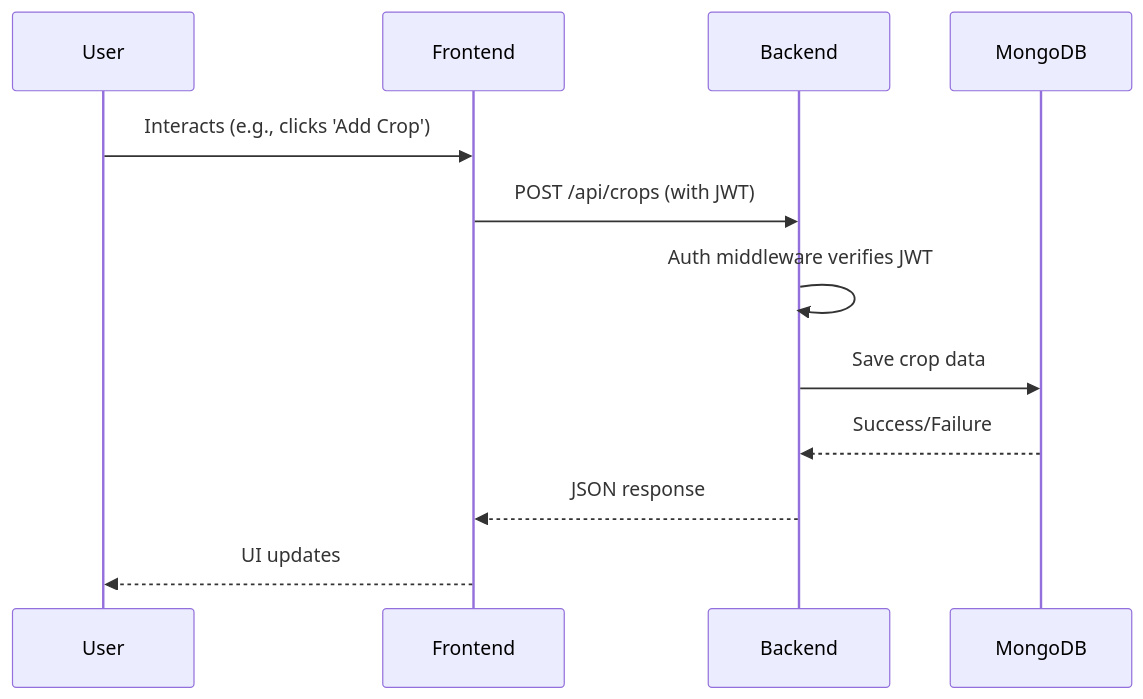
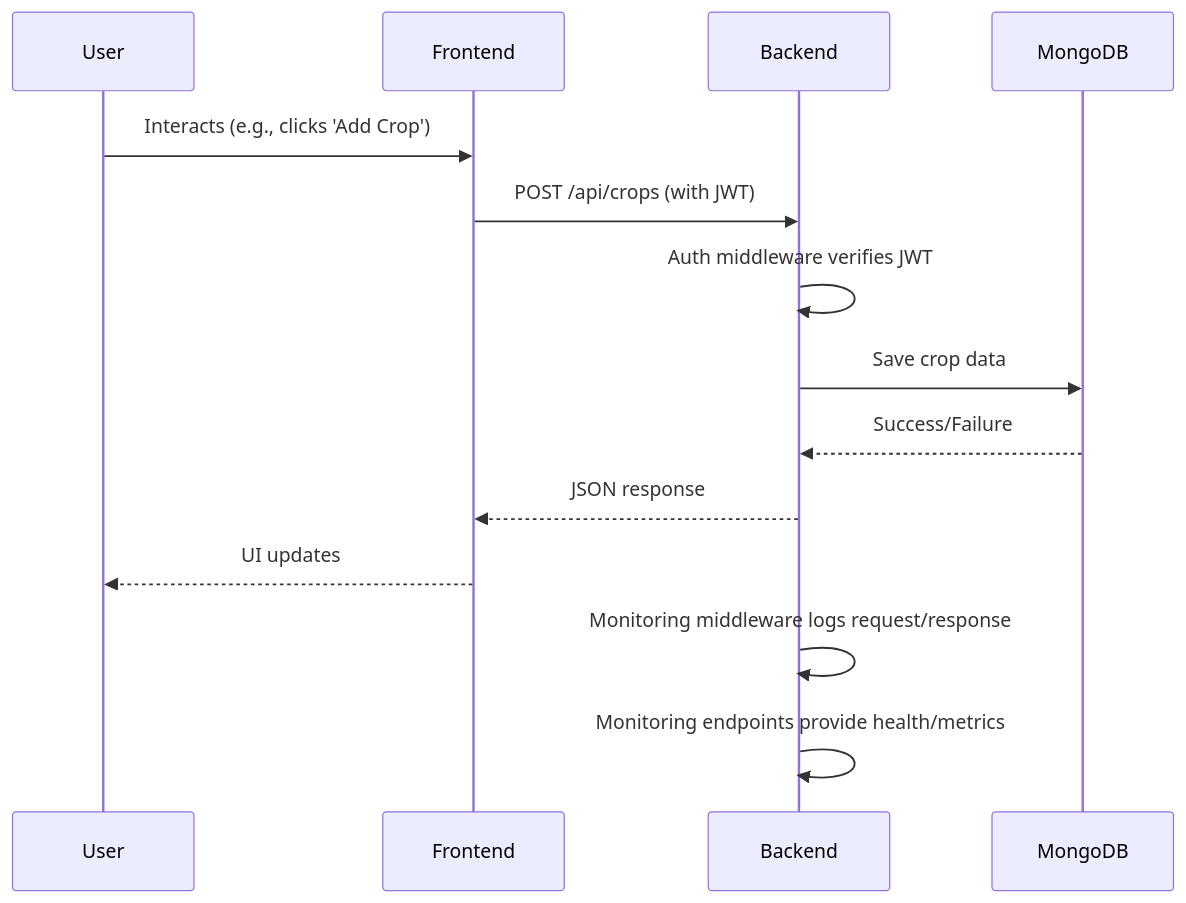
Before and after one commit to alvn2/plp-final-project-farmlink: the diagram in ARCHITECTURE.md, drawn with Mermaid. The commit also changed other lines of this file and 5 other files, not shown here.

Commit message:
Add monitoring endpoints, enhance API response structure, and update docs

````diff
--- a/ARCHITECTURE.md
+++ b/ARCHITECTURE.md
@@ -66,14 +69,16 @@
 ```mermaid
 sequenceDiagram
     participant User
     participant Frontend
     participant Backend
     participant MongoDB
     User->>Frontend: Interacts (e.g., clicks 'Add Crop')
     Frontend->>Backend: POST /api/crops (with JWT)
     Backend->>Backend: Auth middleware verifies JWT
     Backend->>MongoDB: Save crop data
     MongoDB-->>Backend: Success/Failure
     Backend-->>Frontend: JSON response
     Frontend-->>User: UI updates
+    Backend->>Backend: Monitoring middleware logs request/response
+    Backend->>Backend: Monitoring endpoints provide health/metrics
 ```
````
